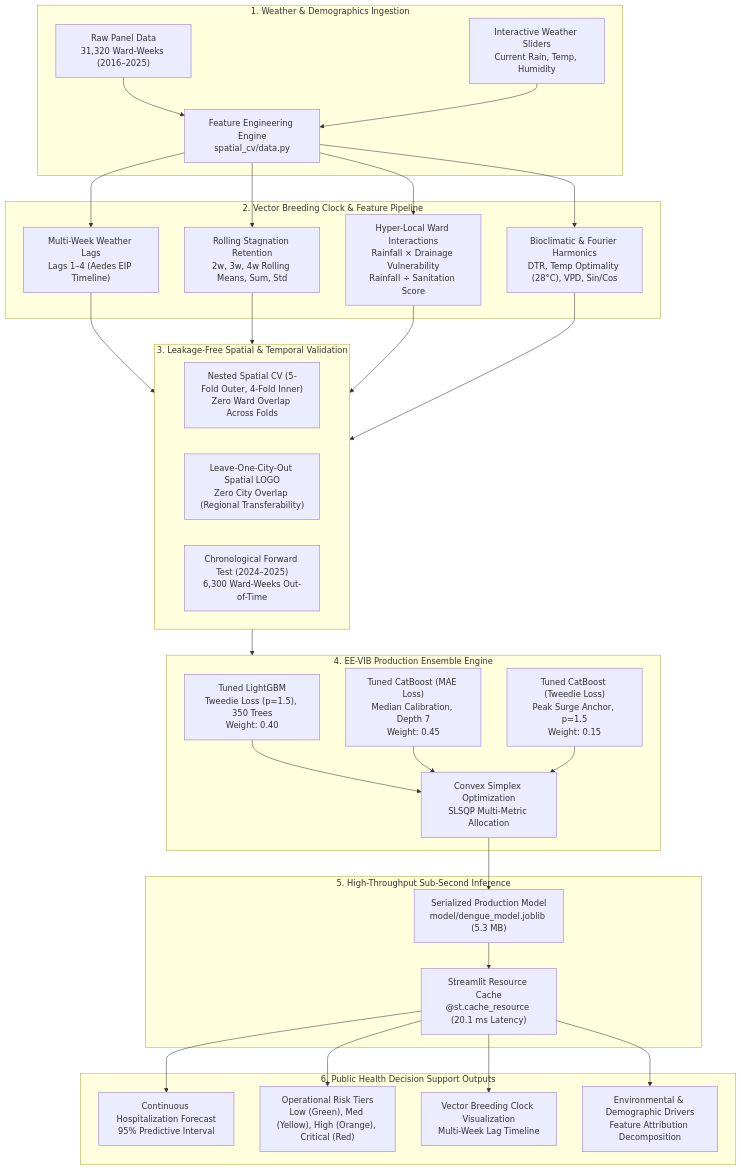
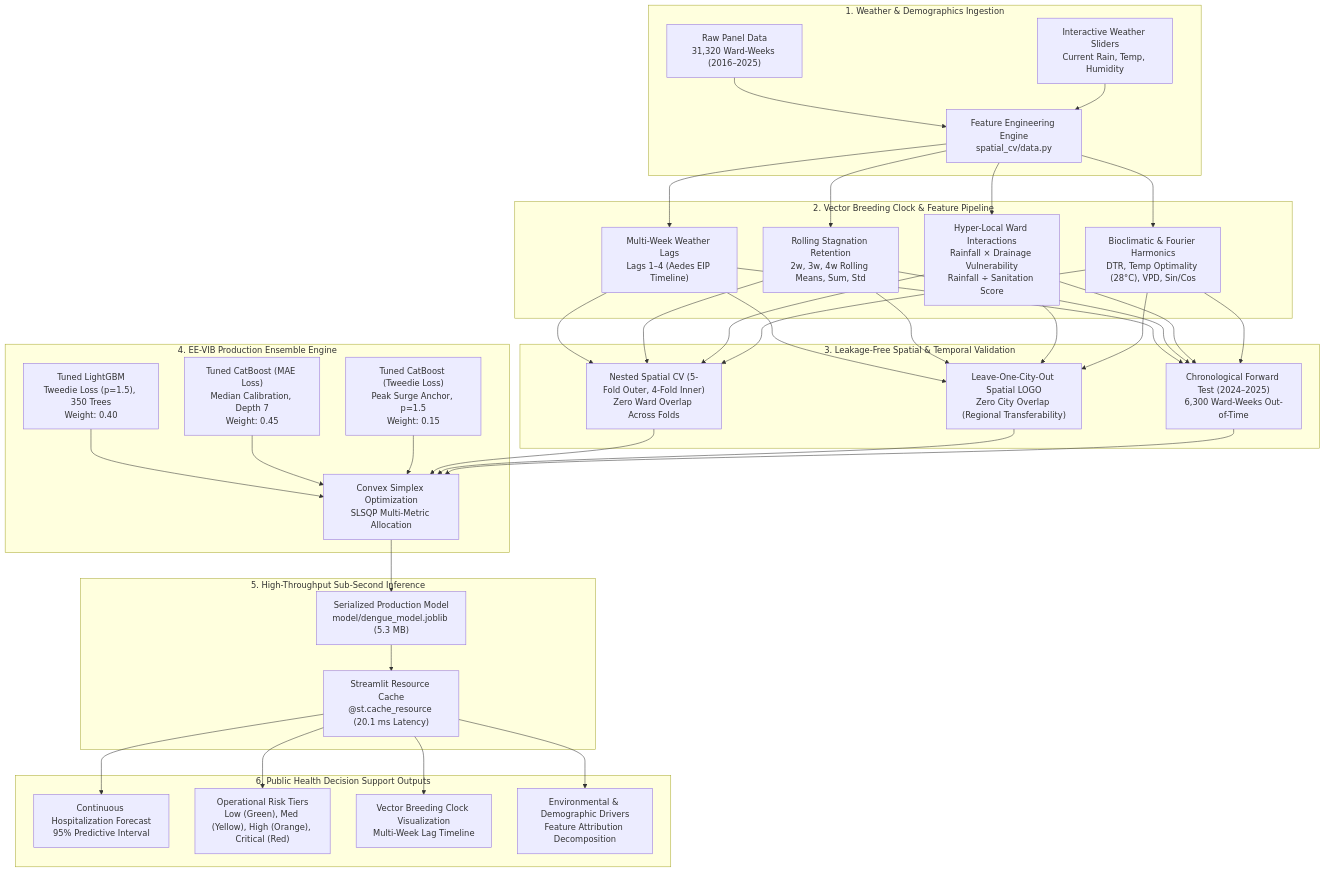
The diagram in ARCHITECTURE.md (rishma-C/EDU-AI-Engineering-Hackathon-2026-Team-Baddie), drawn with Mermaid before and after one commit. The commit also changed 1 other file, not shown here.

Commit message:
docs: add standalone HTML architecture diagram and refine mermaid connector syntax

````diff
--- a/ARCHITECTURE.md
+++ b/ARCHITECTURE.md
@@ -14,58 +14,58 @@
 ```mermaid
 flowchart TD
     subgraph INGESTION["1. Weather & Demographics Ingestion"]
         RawCSV["Raw Panel Data<br/>31,320 Ward-Weeks (2016–2025)"]
         StreamlitUI["Interactive Weather Sliders<br/>Current Rain, Temp, Humidity"]
         RawCSV --> Pipe
         StreamlitUI --> Pipe
     end
 
     subgraph PIPELINE["2. Vector Breeding Clock & Feature Pipeline"]
         Pipe["Feature Engineering Engine<br/>spatial_cv/data.py"]
         Lags["Multi-Week Weather Lags<br/>Lags 1–4 (Aedes EIP Timeline)"]
         Roll["Rolling Stagnation Retention<br/>2w, 3w, 4w Rolling Means, Sum, Std"]
         Vuln["Hyper-Local Ward Interactions<br/>Rainfall × Drainage Vulnerability<br/>Rainfall ÷ Sanitation Score"]
         Bioclim["Bioclimatic & Fourier Harmonics<br/>DTR, Temp Optimality (28°C), VPD, Sin/Cos"]
         Pipe --> Lags
         Pipe --> Roll
         Pipe --> Vuln
         Pipe --> Bioclim
     end
 
     subgraph VALIDATION["3. Leakage-Free Spatial & Temporal Validation"]
         SplitA["Nested Spatial CV (5-Fold Outer, 4-Fold Inner)<br/>Zero Ward Overlap Across Folds"]
         SplitB["Leave-One-City-Out Spatial LOGO<br/>Zero City Overlap (Regional Transferability)"]
         SplitC["Chronological Forward Test (2024–2025)<br/>6,300 Ward-Weeks Out-of-Time"]
     end
 
     subgraph ENGINE["4. EE-VIB Production Ensemble Engine"]
         LGBM["Tuned LightGBM<br/>Tweedie Loss (p=1.5), 350 Trees<br/>Weight: 0.40"]
         CatB_MAE["Tuned CatBoost (MAE Loss)<br/>Median Calibration, Depth 7<br/>Weight: 0.45"]
         CatB_Twd["Tuned CatBoost (Tweedie Loss)<br/>Peak Surge Anchor, p=1.5<br/>Weight: 0.15"]
         Simplex["Convex Simplex Optimization<br/>SLSQP Multi-Metric Allocation"]
         LGBM --> Simplex
         CatB_MAE --> Simplex
         CatB_Twd --> Simplex
     end
 
     subgraph SERVING["5. High-Throughput Sub-Second Inference"]
         JoblibModel["Serialized Production Model<br/>model/dengue_model.joblib (5.3 MB)"]
         Simplex --> JoblibModel
         Cache["Streamlit Resource Cache<br/>@st.cache_resource (20.1 ms Latency)"]
         JoblibModel --> Cache
     end
 
     subgraph OUTPUTS["6. Public Health Decision Support Outputs"]
         Cases["Continuous Hospitalization Forecast<br/>95% Predictive Interval"]
         Tiers["Operational Risk Tiers<br/>Low (Green), Med (Yellow), High (Orange), Critical (Red)"]
         Clock["Vector Breeding Clock Visualization<br/>Multi-Week Lag Timeline"]
         Drivers["Environmental & Demographic Drivers<br/>Feature Attribution Decomposition"]
         Cache --> Cases
         Cache --> Tiers
         Cache --> Clock
         Cache --> Drivers
     end
 
-    Lags & Roll & Vuln & Bioclim --> VALIDATION
-    VALIDATION --> ENGINE
+    Lags & Roll & Vuln & Bioclim --> SplitA & SplitB & SplitC
+    SplitA & SplitB & SplitC --> Simplex
 ```
````
